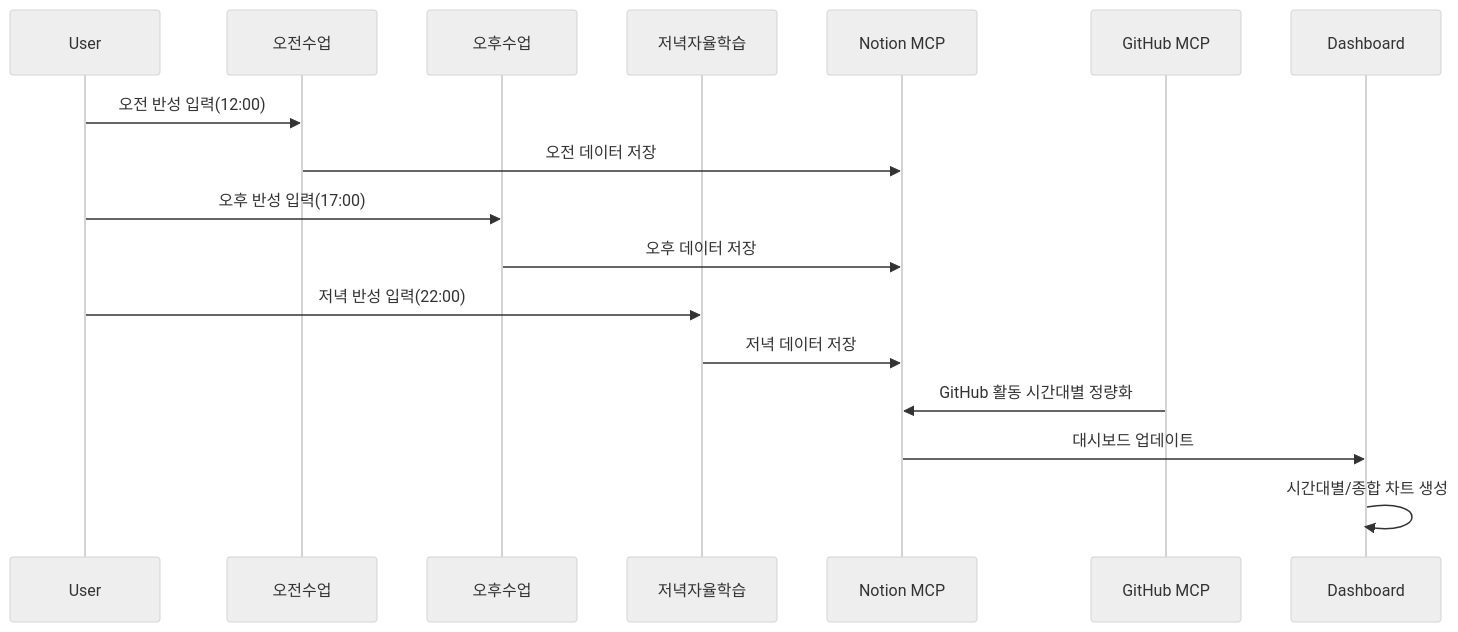
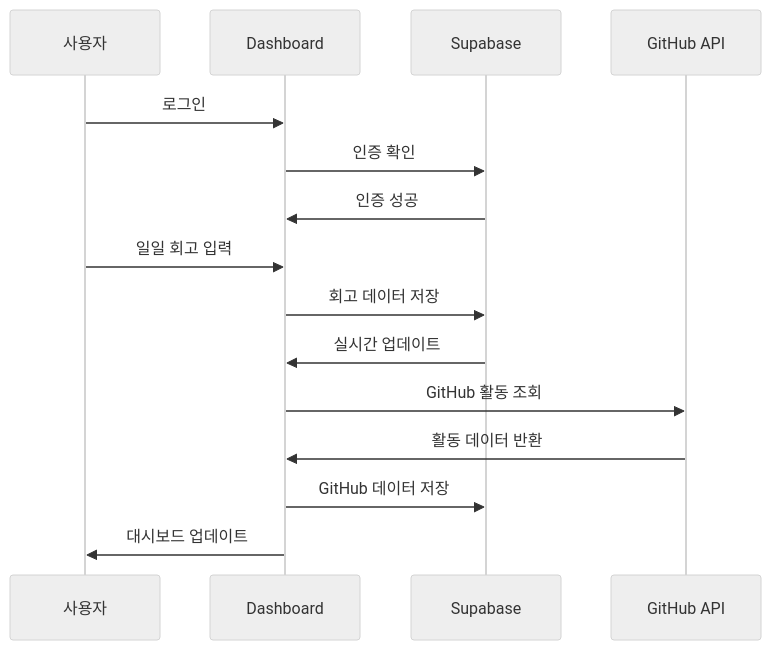
One commit to positivemultiplier/LG_DX_SCHOOL changed the third of 4 diagrams in README.md. Above: the diagram before and after it, drawn with Mermaid (neutral theme). The commit also changed other lines of this file, not shown here.

Commit message:
docs: README.md 업데이트 및 시각화/성과/기여 가이드 추가 (2025.07.13)

````diff
--- a/README.md
+++ b/README.md
@@ -34,19 +131,21 @@
 ```mermaid
 sequenceDiagram
-    participant U as User
-    participant M as 오전수업
-    participant A as 오후수업
-    participant E as 저녁자율학습
-    participant N as Notion MCP
-    participant G as GitHub MCP
+    participant U as 사용자
     participant D as Dashboard
-    U->>M: 오전 반성 입력(12:00)
-    M->>N: 오전 데이터 저장
-    U->>A: 오후 반성 입력(17:00)
-    A->>N: 오후 데이터 저장
-    U->>E: 저녁 반성 입력(22:00)
-    E->>N: 저녁 데이터 저장
-    G->>N: GitHub 활동 시간대별 정량화
-    N->>D: 대시보드 업데이트
-    D->>D: 시간대별/종합 차트 생성
+    participant S as Supabase
+    participant G as GitHub API
+    
+    U->>D: 로그인
+    D->>S: 인증 확인
+    S->>D: 인증 성공
+    
+    U->>D: 일일 회고 입력
+    D->>S: 회고 데이터 저장
+    S->>D: 실시간 업데이트
+    
+    D->>G: GitHub 활동 조회
+    G->>D: 활동 데이터 반환
+    D->>S: GitHub 데이터 저장
+    
+    D->>U: 대시보드 업데이트
 ```
````
